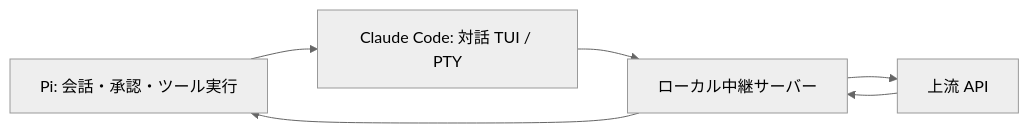
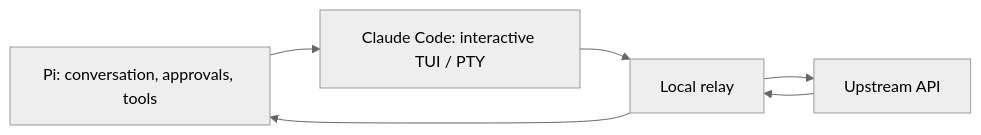
One commit to MINTY1st/pi-claude-code-tui changed the diagram in README.md. Above: the diagram before and after it, drawn with Mermaid (neutral theme). The commit also changed other lines of this file and 7 other files, not shown here.

````diff
--- a/README.md
+++ b/README.md
@@ -83,8 +101,8 @@
 ```mermaid
 flowchart LR
-  P[Pi: 会話・承認・ツール実行] --> C[Claude Code: 対話 TUI / PTY]
-  C --> R[ローカル中継サーバー]
-  R --> A[上流 API]
+  P[Pi: conversation, approvals, tools] --> C[Claude Code: interactive TUI / PTY]
+  C --> R[Local relay]
+  R --> A[Upstream API]
   A --> R
   R --> P
 ```
````
